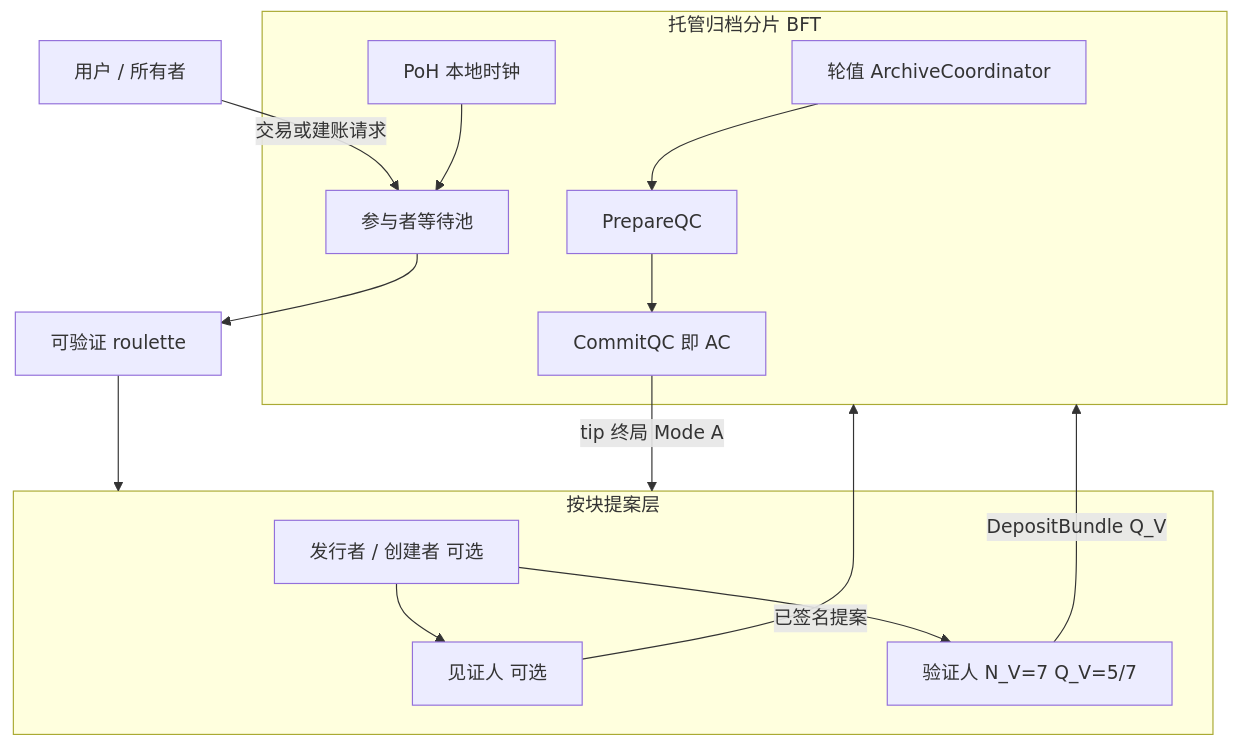
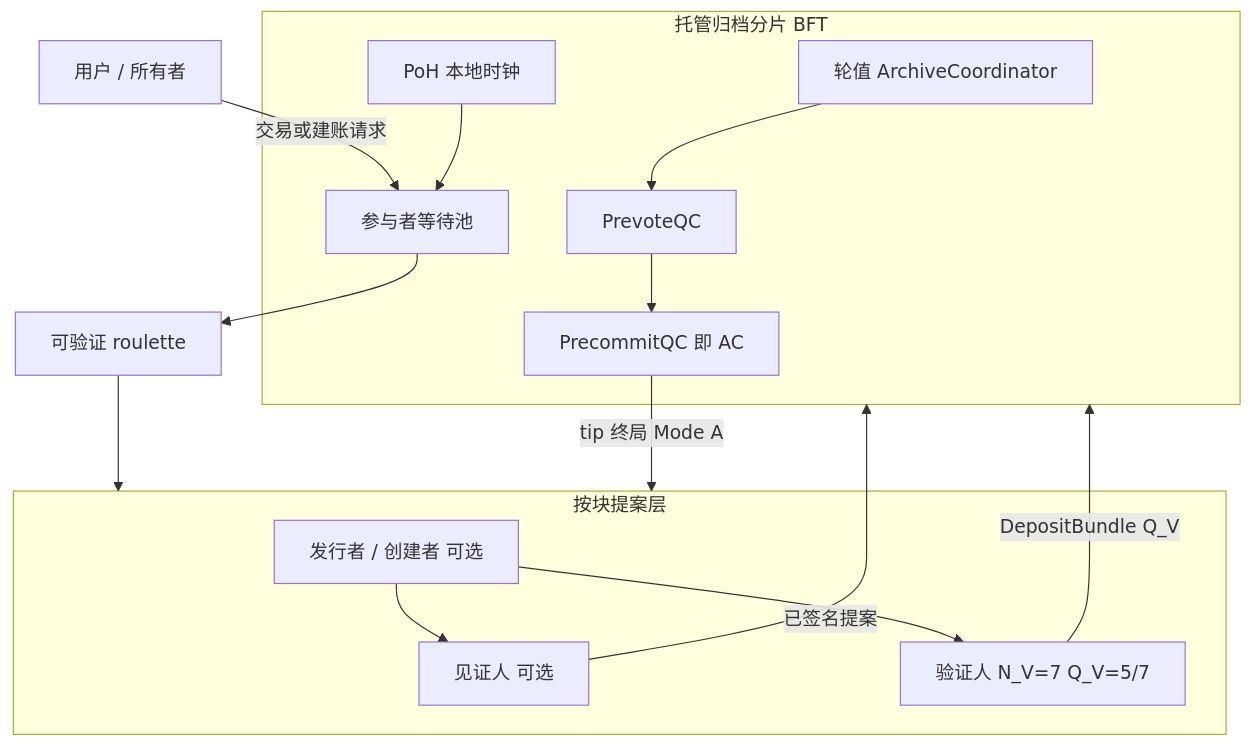
The diagram in src/whitepaper/Decentralization Cluster multi-chain.zh-CN.md (CoNET-project/CoNET-DLE), drawn with Mermaid before and after one commit. The commit also changed other lines of this file and 1 other file, not shown here.

````diff
--- a/src/whitepaper/Decentralization Cluster multi-chain.zh-CN.md
+++ b/src/whitepaper/Decentralization Cluster multi-chain.zh-CN.md
@@ -471,28 +473,28 @@
 ```mermaid
 flowchart TB
   subgraph ArchiveShard["托管归档分片 BFT"]
     Coord[轮值 ArchiveCoordinator]
-    Prep[PrepareQC]
-    AC[CommitQC 即 AC]
+    Prep[PrevoteQC]
+    AC[PrecommitQC 即 AC]
     PoH[PoH 本地时钟]
     Pool[参与者等待池]
   end
 
   subgraph ChainGroup["按块提案层"]
     I[发行者 / 创建者 可选]
     W[见证人 可选]
     V["验证人 N_V=7 Q_V=5/7"]
   end
 
   User[用户 / 所有者] -->|交易或建账请求| Pool
   Pool --> Roulette[可验证 roulette]
   Roulette --> ChainGroup
   I --> W
   I --> V
   W -->|已签名提案| ArchiveShard
   V -->|DepositBundle Q_V| ArchiveShard
   Coord --> Prep
   Prep --> AC
   AC -->|tip 终局 Mode A| ChainGroup
   PoH --> Pool
 ```
````
